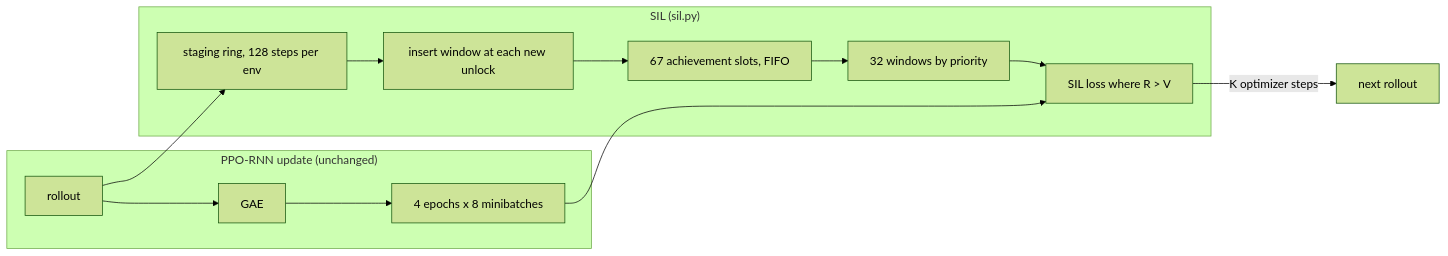
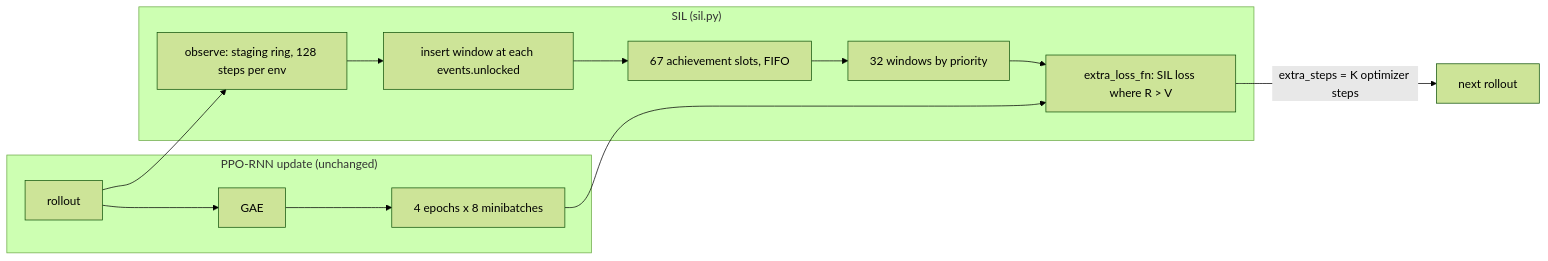
Before and after one commit to Pawlo77/rl-craftmax: the diagram in plans/2026-10-20-craftax-project/2026-10-20-craftax-method-sil.md, drawn with Mermaid (forest theme). The commit also changed other lines of this file and 27 other files, not shown here.

````diff
--- a/plans/2026-10-20-craftax-project/2026-10-20-craftax-method-sil.md
+++ b/plans/2026-10-20-craftax-project/2026-10-20-craftax-method-sil.md
@@ -34,15 +36,15 @@
 ```mermaid
 flowchart LR
   subgraph PPO["PPO-RNN update (unchanged)"]
     RO["rollout"] --> GAE["GAE"] --> EP["4 epochs x 8 minibatches"]
   end
   subgraph SILB["SIL (sil.py)"]
-    STG["staging ring, 128 steps per env"] --> INS["insert window at each new unlock"]
+    STG["observe: staging ring, 128 steps per env"] --> INS["insert window at each events.unlocked"]
     INS --> SLOT["67 achievement slots, FIFO"]
     SLOT --> SAMP["32 windows by priority"]
-    SAMP --> LS["SIL loss where R > V"]
+    SAMP --> LS["extra_loss_fn: SIL loss where R > V"]
   end
   RO --> STG
   EP --> LS
-  LS -->|"K optimizer steps"| NEXT["next rollout"]
+  LS -->|"extra_steps = K optimizer steps"| NEXT["next rollout"]
 ```
````
